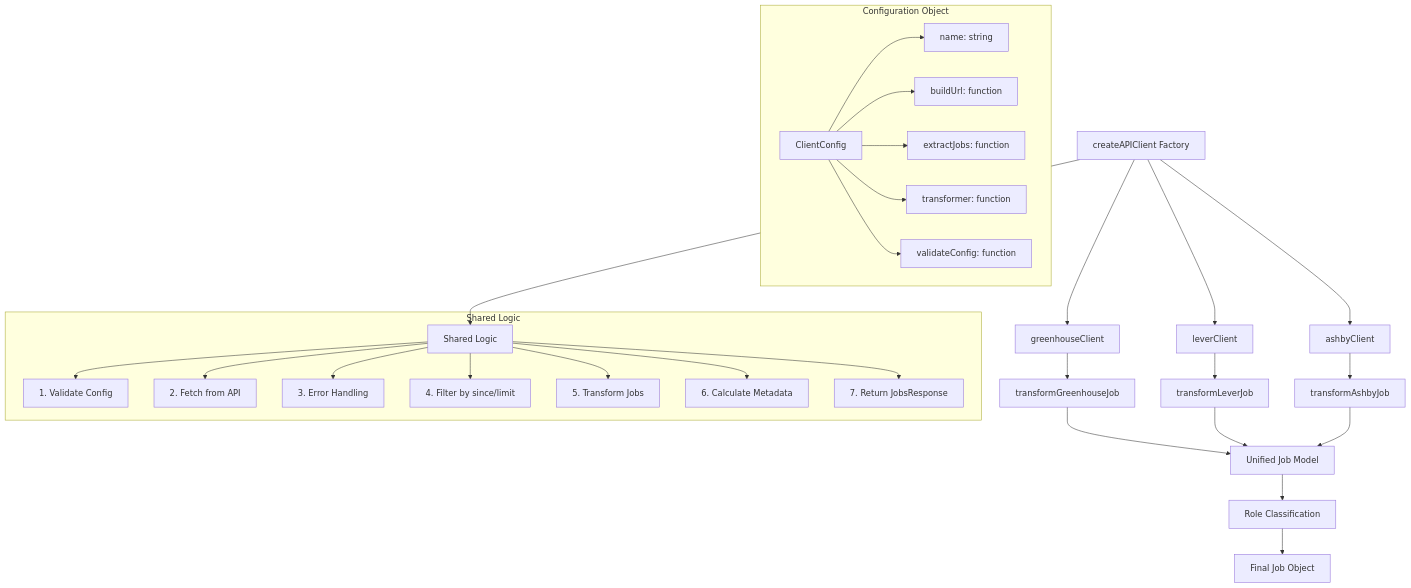
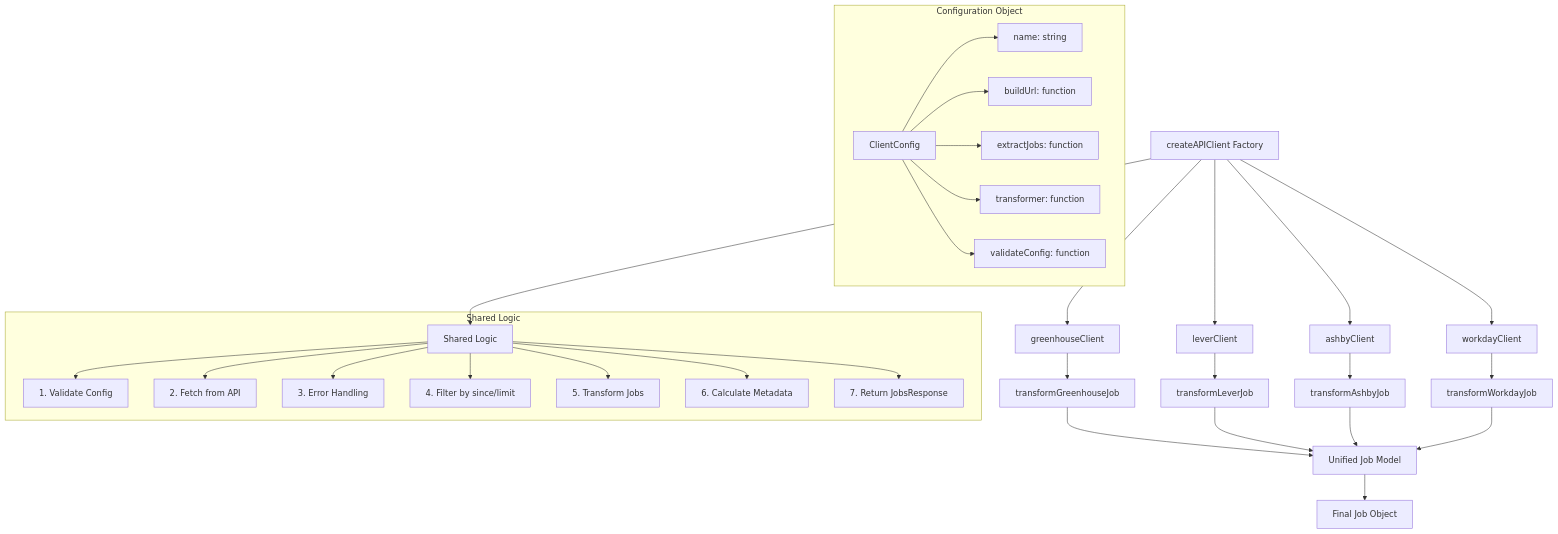
The third of 8 diagrams in docs/architecture.md (brendanpotter00/Job-Visualizer-Notifier), drawn with Mermaid before and after one commit. The commit also changed other lines of this file and 1 other file, not shown here.

````diff
--- a/docs/architecture.md
+++ b/docs/architecture.md
@@ -172,40 +173,43 @@
 ```mermaid
 graph TB
     Factory[createAPIClient Factory]
 
     subgraph "Configuration Object"
         Config[ClientConfig]
         Config --> Name[name: string]
         Config --> BuildURL[buildUrl: function]
         Config --> ExtractJobs[extractJobs: function]
         Config --> Transformer[transformer: function]
         Config --> Validate[validateConfig: function]
     end
 
     Factory --> SharedLogic[Shared Logic]
 
     subgraph "Shared Logic"
         SharedLogic --> ValidateConf[1. Validate Config]
         SharedLogic --> FetchData[2. Fetch from API]
         SharedLogic --> ErrorHandle[3. Error Handling]
         SharedLogic --> FilterJobs[4. Filter by since/limit]
         SharedLogic --> TransformJobs[5. Transform Jobs]
         SharedLogic --> CalcMeta[6. Calculate Metadata]
         SharedLogic --> ReturnResp[7. Return JobsResponse]
     end
 
     Factory --> GreenhouseClient[greenhouseClient]
     Factory --> LeverClient[leverClient]
     Factory --> AshbyClient[ashbyClient]
 
     GreenhouseClient --> GTransformer[transformGreenhouseJob]
     LeverClient --> LTransformer[transformLeverJob]
     AshbyClient --> ATransformer[transformAshbyJob]
 
+    Factory --> WorkdayClient[workdayClient]
+    WorkdayClient --> WTransformer[transformWorkdayJob]
+
     GTransformer --> UnifiedModel[Unified Job Model]
     LTransformer --> UnifiedModel
     ATransformer --> UnifiedModel
+    WTransformer --> UnifiedModel
 
-    UnifiedModel --> Classification[Role Classification]
-    Classification --> FinalJob[Final Job Object]
+    UnifiedModel --> FinalJob[Final Job Object]
 ```
````
